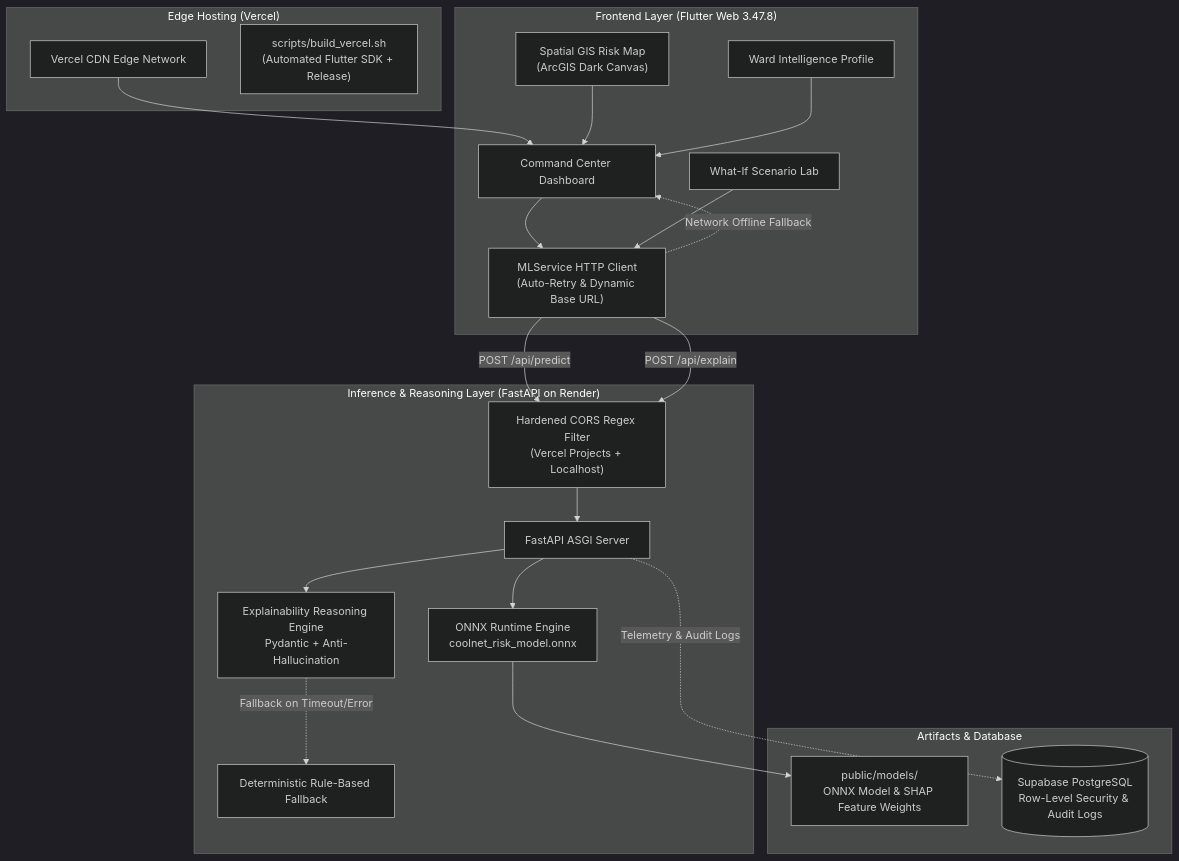
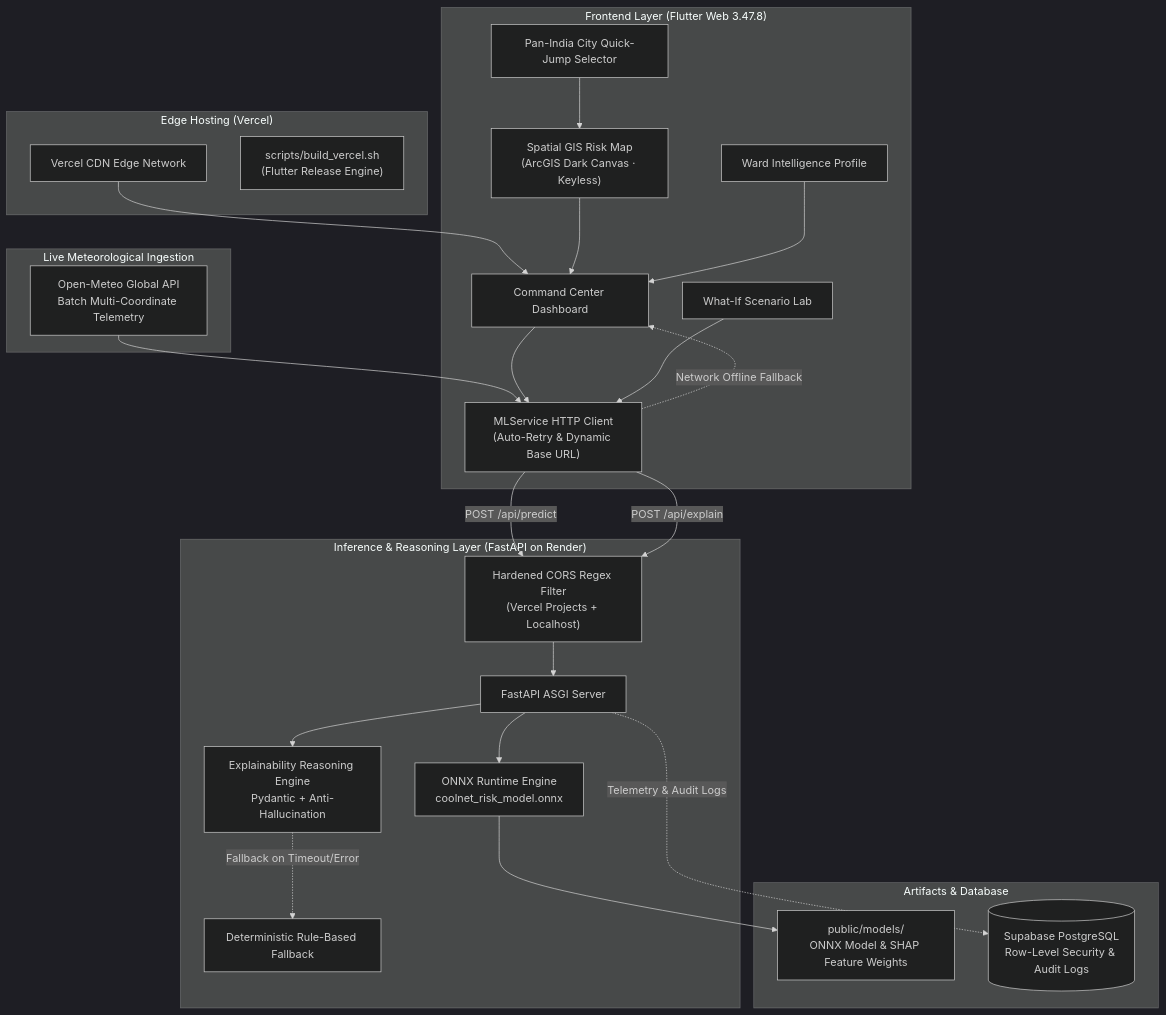
One commit to navneethvaradharaj11-dev/CoolNet-AI changed the diagram in README.md. Above: the diagram before and after it, drawn with Mermaid (dark theme). The commit also changed other lines of this file and 9 other files, not shown here.

Commit message:
docs & branding: add official CoolNet AI brand logo, update favicon and PWA icons, and document pan-India telemetry architecture

````diff
--- a/README.md
+++ b/README.md
@@ -32,45 +64,52 @@
 ```mermaid
 flowchart TD
     subgraph Client ["Frontend Layer (Flutter Web 3.47.8)"]
         UI["Command Center Dashboard"]
-        Map["Spatial GIS Risk Map<br/>(ArcGIS Dark Canvas)"]
+        Map["Spatial GIS Risk Map<br/>(ArcGIS Dark Canvas · Keyless)"]
+        CityJump["Pan-India City Quick-Jump Selector"]
         Sim["What-If Scenario Lab"]
         Profile["Ward Intelligence Profile"]
         ClientService["MLService HTTP Client<br/>(Auto-Retry & Dynamic Base URL)"]
     end
 
+    subgraph Telemetry ["Live Meteorological Ingestion"]
+        OpenMeteo["Open-Meteo Global API<br/>Batch Multi-Coordinate Telemetry"]
+    end
+
     subgraph Hosting ["Edge Hosting (Vercel)"]
         VercelCDN["Vercel CDN Edge Network"]
-        BuildScript["scripts/build_vercel.sh<br/>(Automated Flutter SDK + Release)"]
+        BuildScript["scripts/build_vercel.sh<br/>(Flutter Release Engine)"]
     end
 
     subgraph Backend ["Inference & Reasoning Layer (FastAPI on Render)"]
         FastAPI["FastAPI ASGI Server"]
         CORSMiddleware["Hardened CORS Regex Filter<br/>(Vercel Projects + Localhost)"]
         ONNXEngine["ONNX Runtime Engine<br/>coolnet_risk_model.onnx"]
         LLMService["Explainability Reasoning Engine<br/>Pydantic + Anti-Hallucination"]
         FallbackEngine["Deterministic Rule-Based Fallback"]
     end
 
     subgraph Storage ["Artifacts & Database"]
         ModelArtifacts["public/models/<br/>ONNX Model & SHAP Feature Weights"]
         SupabaseDB[("Supabase PostgreSQL<br/>Row-Level Security & Audit Logs")]
     end
 
     VercelCDN --> UI
+    OpenMeteo --> ClientService
     UI --> ClientService
+    CityJump --> Map
     Map --> UI
     Sim --> ClientService
     Profile --> UI
 
     ClientService -- "POST /api/predict" --> CORSMiddleware
     ClientService -- "POST /api/explain" --> CORSMiddleware
     ClientService -. "Network Offline Fallback" .-> UI
 
     CORSMiddleware --> FastAPI
     FastAPI --> ONNXEngine
     FastAPI --> LLMService
     LLMService -. "Fallback on Timeout/Error" .-> FallbackEngine
     ONNXEngine --> ModelArtifacts
     FastAPI -. "Telemetry & Audit Logs" .-> SupabaseDB
 ```
````
